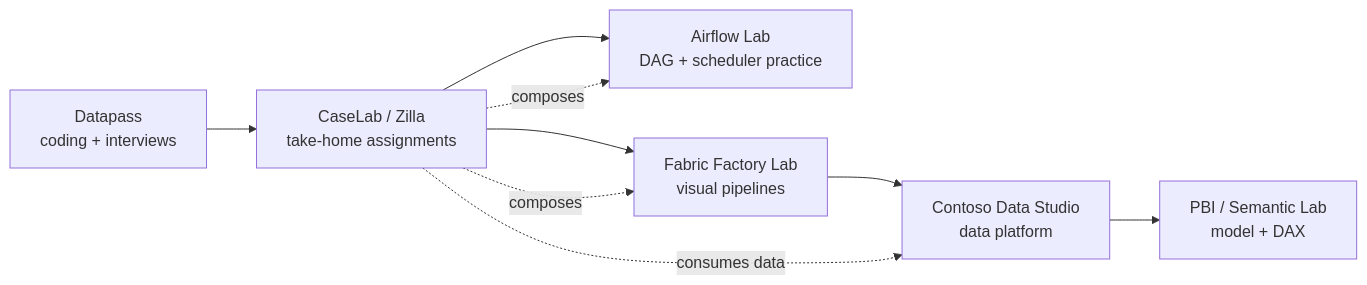
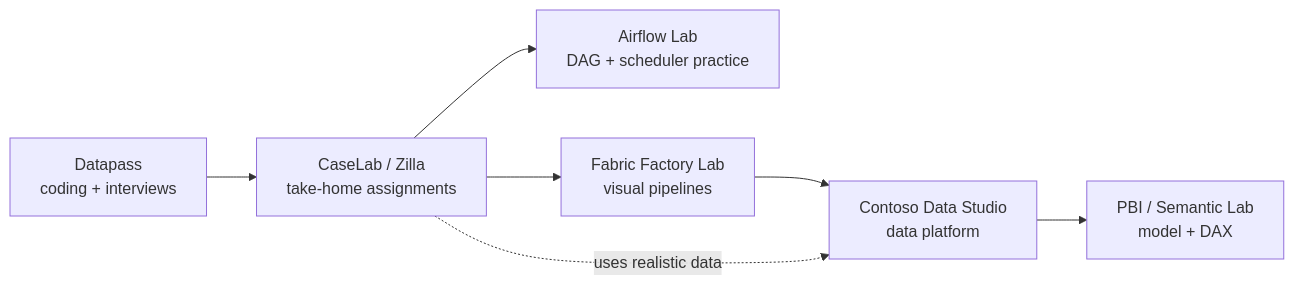
One commit to julian-passebecq/dataprojects changed the first of 4 diagrams in README.md. Above: the diagram before and after it, drawn with Mermaid. The commit also changed other lines of this file, not shown here.

Commit message:
docs: expand Mermaid constellation views

````diff
--- a/README.md
+++ b/README.md
@@ -21,19 +21,17 @@
 ```mermaid
 flowchart LR
     DP[Datapass<br/>coding + interviews]
     CL[CaseLab / Zilla<br/>take-home assignments]
     AL[Airflow Lab<br/>DAG + scheduler practice]
     FL[Fabric Factory Lab<br/>visual pipelines]
     CT[Contoso Data Studio<br/>data platform]
     PB[PBI / Semantic Lab<br/>model + DAX]
 
     DP --> CL
     CL --> AL
     CL --> FL
     FL --> CT
     CT --> PB
 
-    CL -. composes .-> AL
-    CL -. composes .-> FL
-    CL -. consumes data .-> CT
+    CL -. uses realistic data .-> CT
 ```
````
